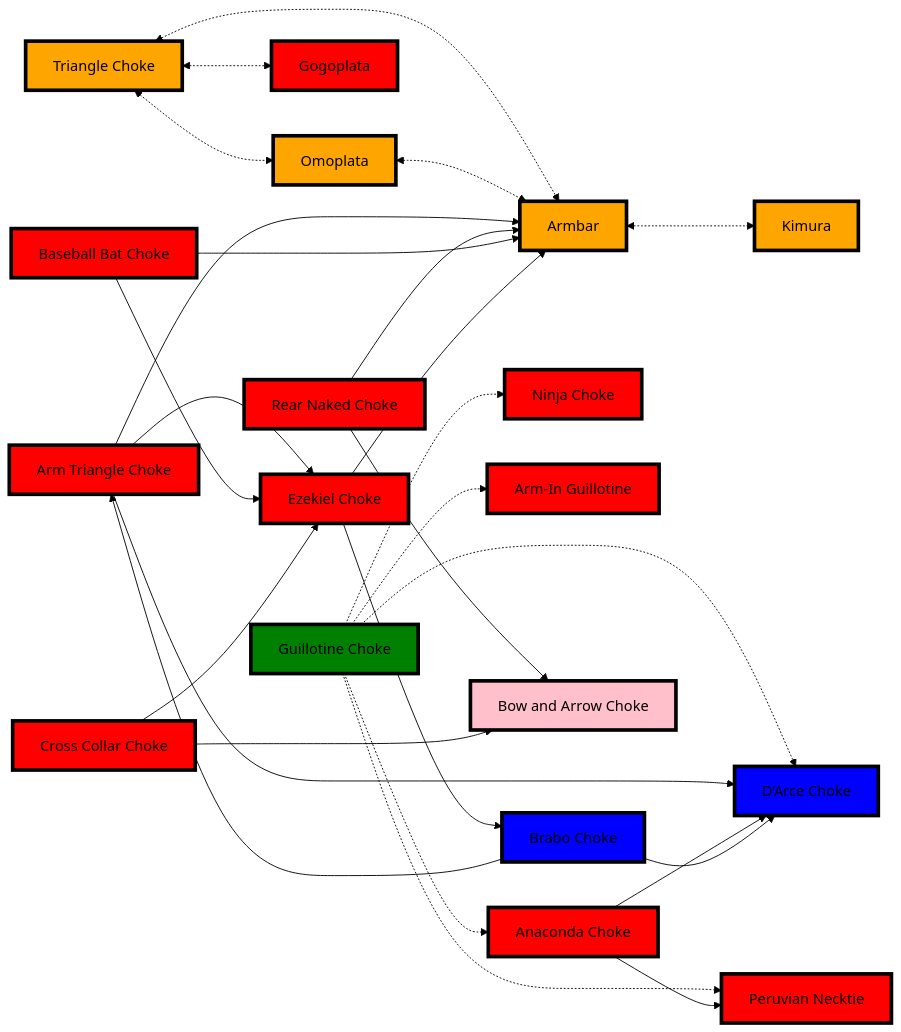
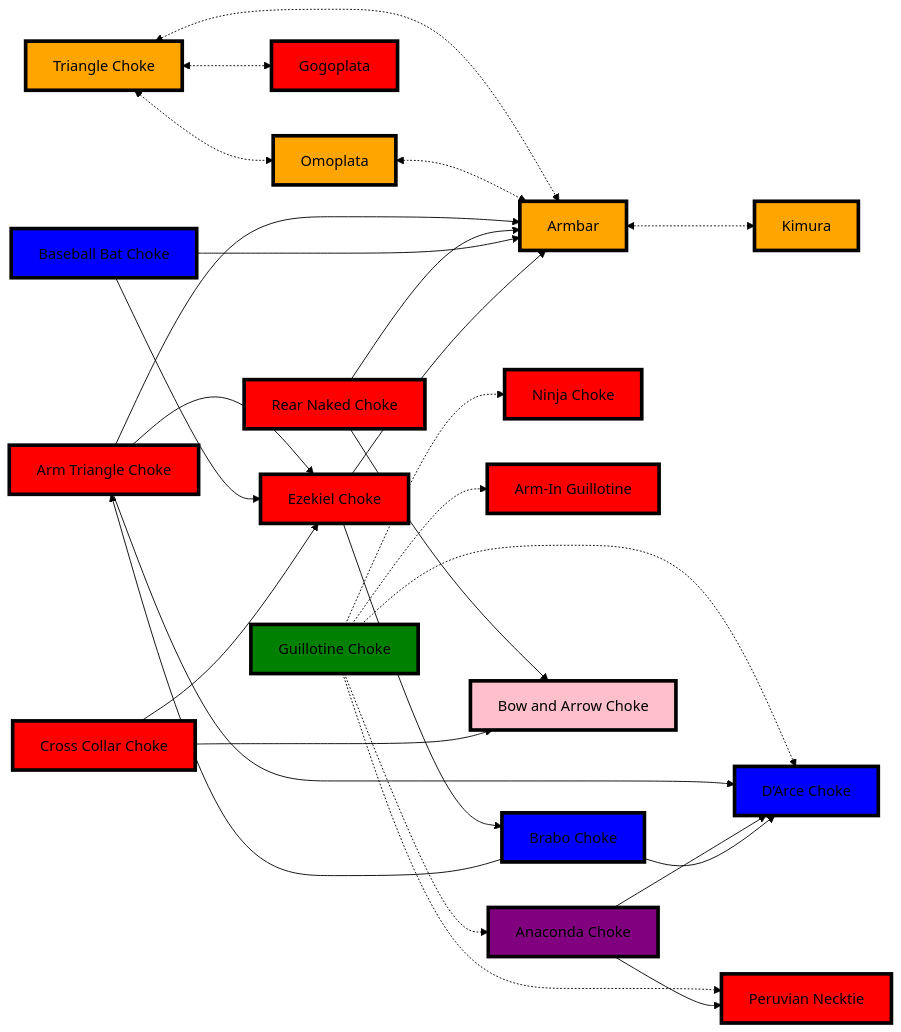
One commit to jacgit18/DevHiveMind changed the third of 3 diagrams in _BJJ/Guards Directory.md. Above: the diagram before and after it, drawn with Mermaid (forest theme). The commit also changed other lines of this file, not shown here.

Commit message:
M "_BJJ/Guards Directory.md"

````diff
--- a/_BJJ/Guards Directory.md
+++ b/_BJJ/Guards Directory.md
@@ -216,65 +218,65 @@
 ```mermaid
 flowchart LR
     A[Triangle Choke] <-.->  B[Armbar]
     A <-.-> C[Omoplata]
     A <-.->  D[Gogoplata]
     B <-.-> E[Kimura]
     C <-.->  B
 
 
     F[Guillotine Choke] .-> G[Ninja Choke]
     F .-> H[Peruvian Necktie]
     F .-> I[Arm-In Guillotine]
     F .-> Q
     F .-> L
 
     J[Arm Triangle Choke] --> P
     J --> L[D’Arce Choke]
     J --> B
 
     M[Rear Naked Choke] --> B
     M --> N[Bow and Arrow Choke]
 
     O[Baseball Bat Choke] --> P[Ezekiel Choke]
     O --> B
 
     Q[Anaconda Choke] --> L
     Q --> H
 
     R[Brabo Choke] --> J
     R --> L
 
     S[Cross Collar Choke] --> N
     S --> P
 
     P --> B
     P --> R
     
 style A fill:orange,stroke:black,stroke-width:4px,shadow:shadow
 
 style B fill:orange,stroke:black,stroke-width:4px,shadow:shadow
 
 style C fill:orange,stroke:black,stroke-width:4px,shadow:shadow
 
 style D fill:red,stroke:black,stroke-width:4px,shadow:shadow
 
 style E fill:orange,stroke:black,stroke-width:4px,shadow:shadow
 
 style F fill:green,stroke:black,stroke-width:4px,shadow:shadow
 
 style G fill:red,stroke:black,stroke-width:4px,shadow:shadow
 style H fill:red,stroke:black,stroke-width:4px,shadow:shadow
 style I fill:red,stroke:black,stroke-width:4px,shadow:shadow
 style J fill:red,stroke:black,stroke-width:4px,shadow:shadow
 
 style L fill:blue,stroke:black,stroke-width:4px,shadow:shadow
 style M fill:red,stroke:black,stroke-width:4px,shadow:shadow
 style N fill:pink,stroke:black,stroke-width:4px,shadow:shadow
 
-style O fill:red,stroke:black,stroke-width:4px,shadow:shadow
+style O fill:blue,stroke:black,stroke-width:4px,shadow:shadow
 style P fill:red,stroke:black,stroke-width:4px,shadow:shadow
 
-style Q fill:red,stroke:black,stroke-width:4px,shadow:shadow
+style Q fill:purple,stroke:black,stroke-width:4px,shadow:shadow
 style R fill:blue,stroke:black,stroke-width:4px,shadow:shadow
 style S fill:red,stroke:black,stroke-width:4px,shadow:shadow
 ```
````
